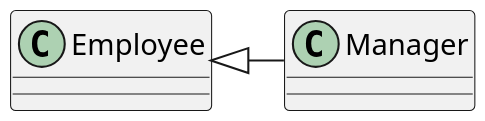
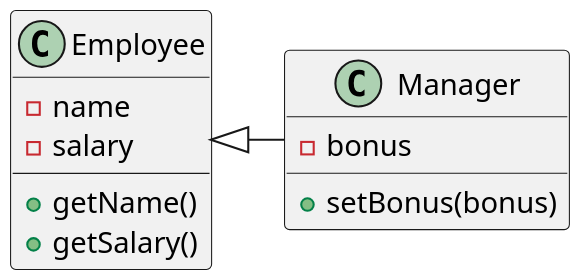
The sixth of 11 diagrams in slides03/src/main/asciidoc/lecture.adoc (inponomarev/java-mipt), drawn with PlantUML before and after one commit. The commit also changed other lines of this file, not shown here.

```diff
--- a/slides03/src/main/asciidoc/lecture.adoc
+++ b/slides03/src/main/asciidoc/lecture.adoc
@@ -279,7 +279,17 @@
 [plantuml, employeemanager, png]
 ----
 @startuml
 skinparam dpi 200 
+class Employee {
+  - name
+  - salary
+  + getName()
+  + getSalary()
+}
+class Manager {
+  - bonus
+  + setBonus(bonus)
+}
 Employee <|- Manager
 @enduml
 ----
```
